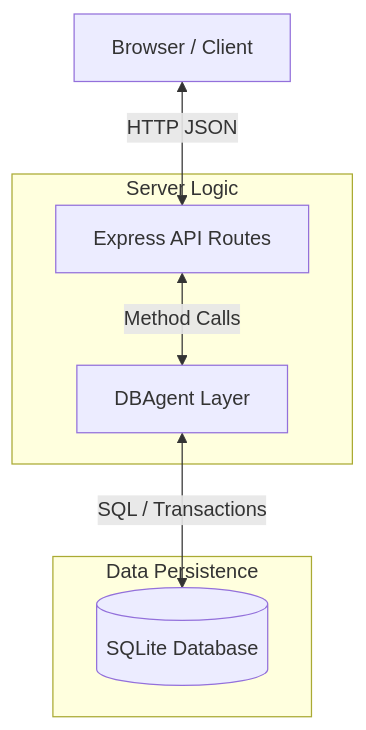
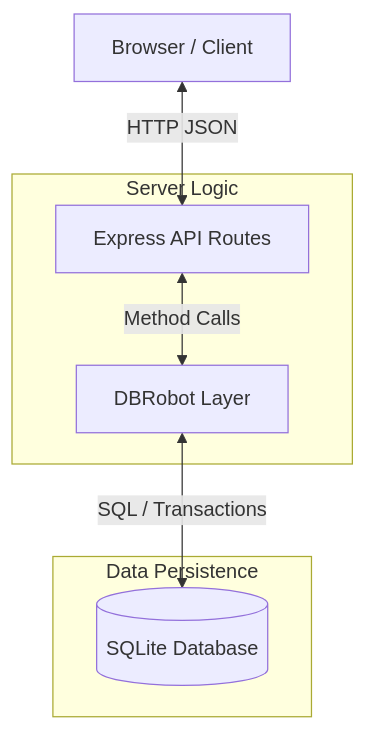
One commit to blian24/coolkonyha-solo-vibe changed the diagram in SOLUTION_DESIGN.md. Above: the diagram before and after it, drawn with Mermaid. The commit also changed other lines of this file and 25 other files, not shown here.

````diff
--- a/SOLUTION_DESIGN.md
+++ b/SOLUTION_DESIGN.md
@@ -15,15 +15,15 @@
 ```mermaid
-flowchart TD
+graph TD
     User["Browser / Client"] <-->|HTTP JSON| API["Express API Routes"]
-    API <-->|Method Calls| Agent["DBAgent Layer"]
-    Agent <-->|SQL / Transactions| DB[("SQLite Database")]
-    
-    subgraph ServerLogic ["Server Logic"]
+    API <-->|Method Calls| Agent["DBRobot Layer"]
+    Agent <-->|SQL / Transactions| DB[(SQLite Database)]
+
+    subgraph ServerLogic[Server Logic]
         API
         Agent
     end
-    
-    subgraph DataPersistence ["Data Persistence"]
+
+    subgraph DataPersistence[Data Persistence]
         DB
     end
 ```
````
